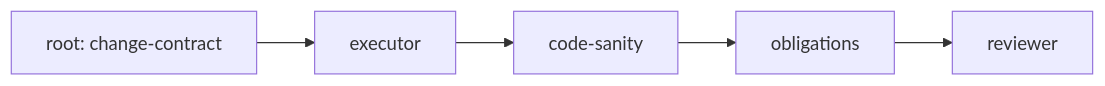
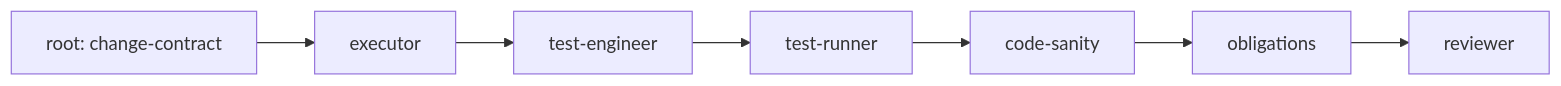
One commit to xtrm-dev/specialists changed the third of 14 diagrams in docs/design/chain-templates.md. Above: the diagram before and after it, drawn with Mermaid. The commit also changed other lines of this file and 5 other files, not shown here.

````diff
--- a/docs/design/chain-templates.md
+++ b/docs/design/chain-templates.md
@@ -75,7 +225,9 @@
 ```mermaid
 flowchart LR
   root[root: change-contract] --> executor
-  executor --> code-sanity
+  executor --> test-engineer
+  test-engineer --> test-runner
+  test-runner --> code-sanity
   code-sanity --> obligations
   obligations --> reviewer
 ```
````
